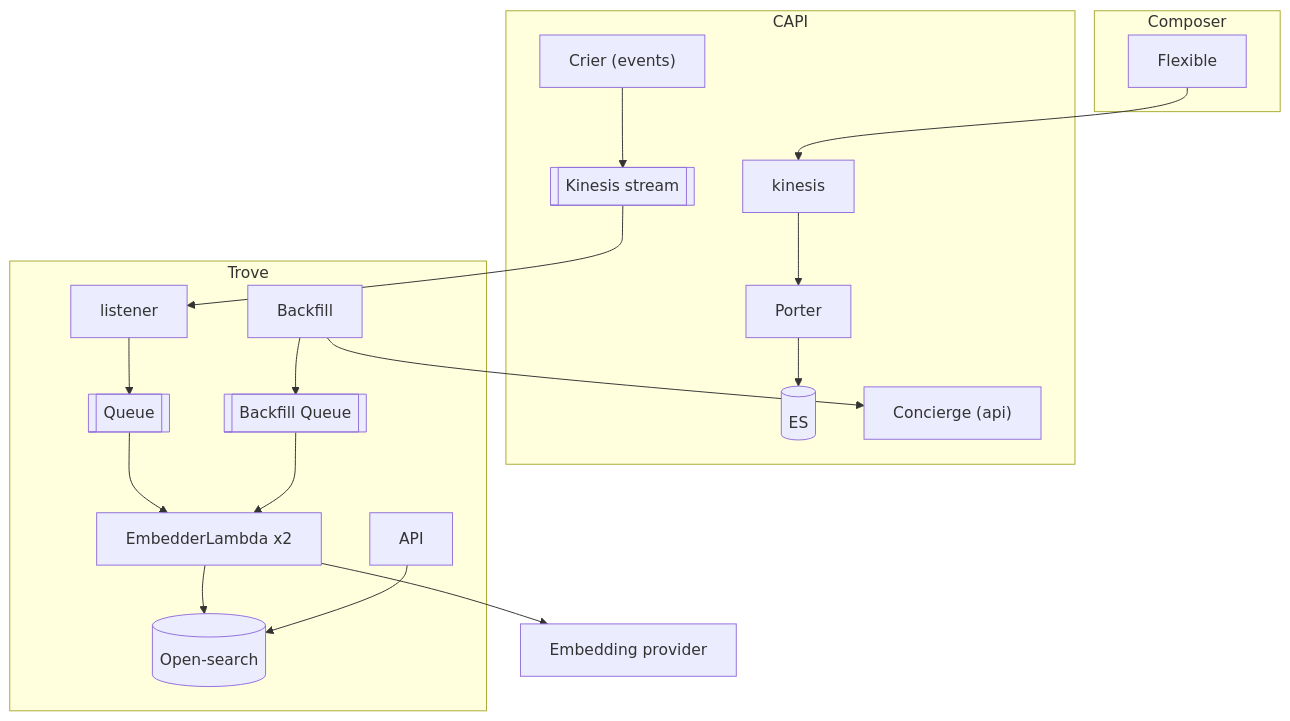
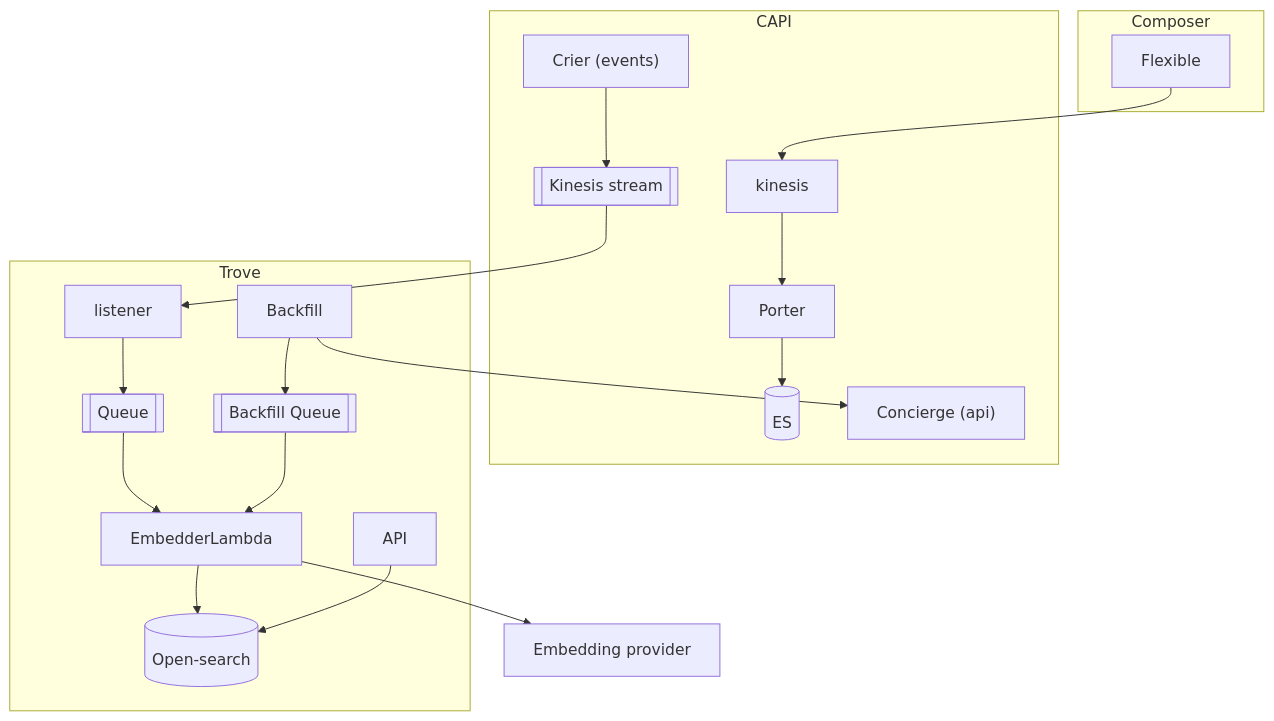
The diagram in docs/architecture.md (guardian/trove), drawn with Mermaid before and after one commit. The commit also changed other lines of this file, not shown here.

Commit message:
Update architecture ADR for single embedder lambda

````diff
--- a/docs/architecture.md
+++ b/docs/architecture.md
@@ -38,44 +38,44 @@
 ```mermaid
 flowchart TD
     subgraph Composer
         Flexible
     end
 
     subgraph CAPI
         CapiKinesis[kinesis]
         Porter
         ES[(ES)]
         Concierge["Concierge (api)"]
         Crier["Crier (events)"]
         CrierStream[[Kinesis stream]]
     end
 
     subgraph Trove["Trove"]
         Backfill
         BackfillQueue[[Backfill Queue]]
         Listener[listener]
         Queue[[Queue]]
-        Embedder["EmbedderLambda x2"]
+        Embedder["EmbedderLambda"]
         OpenSearch[(Open-search)]
         API
     end
 
     EmbeddingProvider[Embedding provider]
 
     Flexible --> CapiKinesis
     CapiKinesis --> Porter
     Porter --> ES
 
     Crier --> CrierStream
     CrierStream --> Listener
     Listener --> Queue
     Queue --> Embedder
 
     Backfill --> Concierge
     Backfill --> BackfillQueue
     BackfillQueue --> Embedder
 
     Embedder --> EmbeddingProvider
     Embedder --> OpenSearch
     API --> OpenSearch
 ```
````
